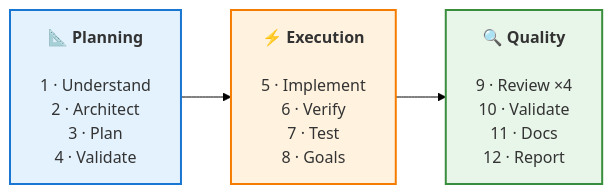
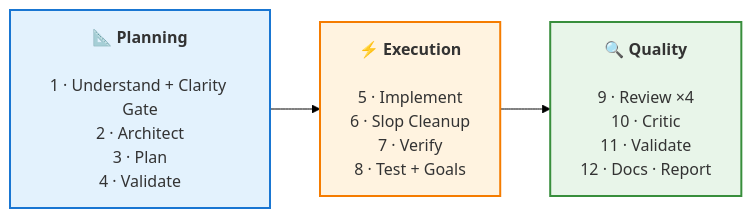
One commit to RaNDoM6913/claude-code-superkit changed the diagram in README.md. Above: the diagram before and after it, drawn with Mermaid (forest theme). The commit also changed other lines of this file and 4 other files, not shown here.

First line of the commit message:
📝 docs: sync all documentation — 3 new agents, enhanced /dev pipeline, diagram

````diff
--- a/README.md
+++ b/README.md
@@ -91,12 +91,12 @@
 ```mermaid
 graph LR
     P -->|" "| E -->|" "| Q
 
-    P["📐 <b>Planning</b><br/><br/>1 · Understand<br/>2 · Architect<br/>3 · Plan<br/>4 · Validate"]
-    E["⚡ <b>Execution</b><br/><br/>5 · Implement<br/>6 · Verify<br/>7 · Test<br/>8 · Goals"]
-    Q["🔍 <b>Quality</b><br/><br/>9 · Review ×4<br/>10 · Validate<br/>11 · Docs<br/>12 · Report"]
+    P["📐 <b>Planning</b><br/><br/>1 · Understand + Clarity Gate<br/>2 · Architect<br/>3 · Plan<br/>4 · Validate"]
+    E["⚡ <b>Execution</b><br/><br/>5 · Implement<br/>6 · Slop Cleanup<br/>7 · Verify<br/>8 · Test + Goals"]
+    Q["🔍 <b>Quality</b><br/><br/>9 · Review ×4<br/>10 · Critic<br/>11 · Validate<br/>12 · Docs · Report"]
 
     style P fill:#e3f2fd,stroke:#1976D2,stroke-width:2px,color:#333
     style E fill:#fff3e0,stroke:#F57C00,stroke-width:2px,color:#333
     style Q fill:#e8f5e9,stroke:#388E3C,stroke-width:2px,color:#333
 ```
````
